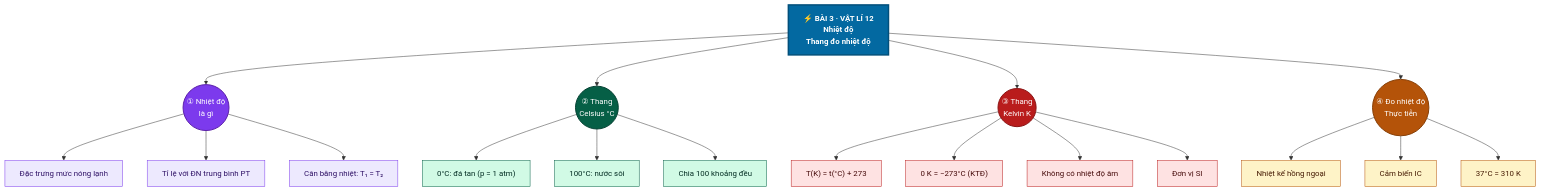
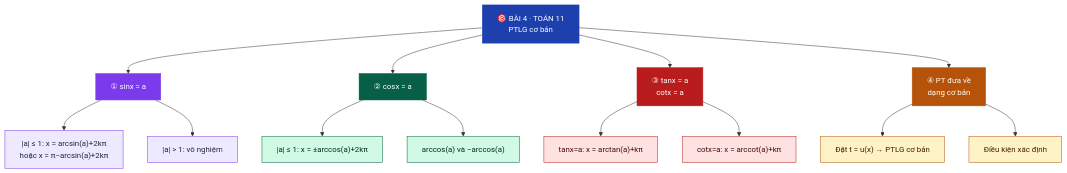
One commit to Trangtu66/Taode_thi_online changed diagram 15 of 30 in README.md. Above: the diagram before and after it, drawn with Mermaid. The commit also changed other lines of this file, not shown here.

Commit message:
Chuan hoa bo sung 30 mindmap Mermaid Toan 10/11/12 + Vatli 12

````diff
--- a/README.md
+++ b/README.md
@@ -222,45 +574,30 @@
 ```mermaid
 graph TD
-    Goc["⚡ BÀI 3 · VẬT LÍ 12\nNhiệt độ\nThang đo nhiệt độ"]
+    G["🎯 BÀI 4 · TOÁN 11<br/>PTLG cơ bản"]:::root
+    G --> A["① sinx = a"]:::n1
+    G --> B["② cosx = a"]:::n2
+    G --> C["③ tanx = a<br/>cotx = a"]:::n3
+    G --> D["④ PT đưa về<br/>dạng cơ bản"]:::n4
 
-    Goc --> B1(("① Nhiệt độ\nlà gì"))
-    Goc --> B2(("② Thang\nCelsius °C"))
-    Goc --> B3(("③ Thang\nKelvin K"))
-    Goc --> B4(("④ Đo nhiệt độ\nThực tiễn"))
+    A --> A1["|a| ≤ 1: x = arcsin(a)+2kπ<br/>hoặc x = π−arcsin(a)+2kπ"]:::l1
+    A --> A2["|a| > 1: vô nghiệm"]:::l1
 
-    B1 --> B1a["Đặc trưng mức nóng lạnh"]
-    B1 --> B1b["Tỉ lệ với ĐN trung bình PT"]
-    B1 --> B1c["Cân bằng nhiệt: T₁ = T₂"]
+    B --> B1["|a| ≤ 1: x = ±arccos(a)+2kπ"]:::l2
+    B --> B2["arccos(a) và −arccos(a)"]:::l2
 
-    B2 --> B2a["0°C: đá tan (p = 1 atm)"]
-    B2 --> B2b["100°C: nước sôi"]
-    B2 --> B2c["Chia 100 khoảng đều"]
+    C --> C1["tanx=a: x = arctan(a)+kπ"]:::l3
+    C --> C2["cotx=a: x = arccot(a)+kπ"]:::l3
 
-    B3 --> B3a["T(K) = t(°C) + 273"]
-    B3 --> B3b["0 K = −273°C (KTĐ)"]
-    B3 --> B3c["Không có nhiệt độ âm"]
-    B3 --> B3d["Đơn vị SI"]
+    D --> D1["Đặt t = u(x) → PTLG cơ bản"]:::l4
+    D --> D2["Điều kiện xác định"]:::l4
 
-    B4 --> B4a["Nhiệt kế hồng ngoại"]
-    B4 --> B4b["Cảm biến IC"]
-    B4 --> B4c["37°C = 310 K"]
-
-    style Goc fill:#0369A1,stroke:#024f7a,stroke-width:3px,color:#fff,font-weight:bold
-    style B1 fill:#7C3AED,stroke:#5b1fa8,stroke-width:2px,color:#fff
-    style B2 fill:#065F46,stroke:#044032,stroke-width:2px,color:#fff
-    style B3 fill:#B91C1C,stroke:#8a1414,stroke-width:2px,color:#fff
-    style B4 fill:#B45309,stroke:#863e06,stroke-width:2px,color:#fff
-    style B1a fill:#EDE9FE,stroke:#7C3AED,color:#2e1065
-    style B1b fill:#EDE9FE,stroke:#7C3AED,color:#2e1065
-    style B1c fill:#EDE9FE,stroke:#7C3AED,color:#2e1065
-    style B2a fill:#D1FAE5,stroke:#065F46,color:#022c22
-    style B2b fill:#D1FAE5,stroke:#065F46,color:#022c22
-    style B2c fill:#D1FAE5,stroke:#065F46,color:#022c22
-    style B3a fill:#FEE2E2,stroke:#B91C1C,color:#450a0a
-    style B3b fill:#FEE2E2,stroke:#B91C1C,color:#450a0a
-    style B3c fill:#FEE2E2,stroke:#B91C1C,color:#450a0a
-    style B3d fill:#FEE2E2,stroke:#B91C1C,color:#450a0a
-    style B4a fill:#FEF3C7,stroke:#B45309,color:#451a03
-    style B4b fill:#FEF3C7,stroke:#B45309,color:#451a03
-    style B4c fill:#FEF3C7,stroke:#B45309,color:#451a03
+    classDef root fill:#1E40AF,color:#fff,stroke:#1E40AF
+    classDef n1 fill:#7C3AED,color:#fff,stroke:#7C3AED
+    classDef n2 fill:#065F46,color:#fff,stroke:#065F46
+    classDef n3 fill:#B91C1C,color:#fff,stroke:#B91C1C
+    classDef n4 fill:#B45309,color:#fff,stroke:#B45309
+    classDef l1 fill:#EDE9FE,color:#1E293B,stroke:#7C3AED
+    classDef l2 fill:#D1FAE5,color:#022c22,stroke:#065F46
+    classDef l3 fill:#FEE2E2,color:#450a0a,stroke:#B91C1C
+    classDef l4 fill:#FEF3C7,color:#451a03,stroke:#B45309
 ```
````
